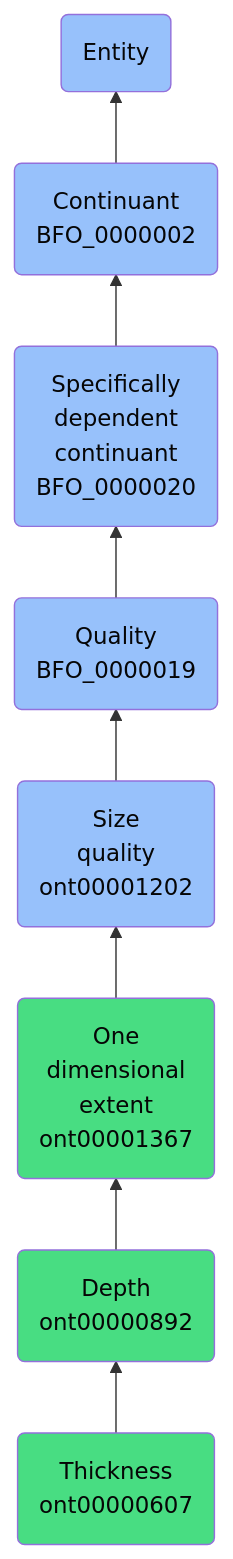
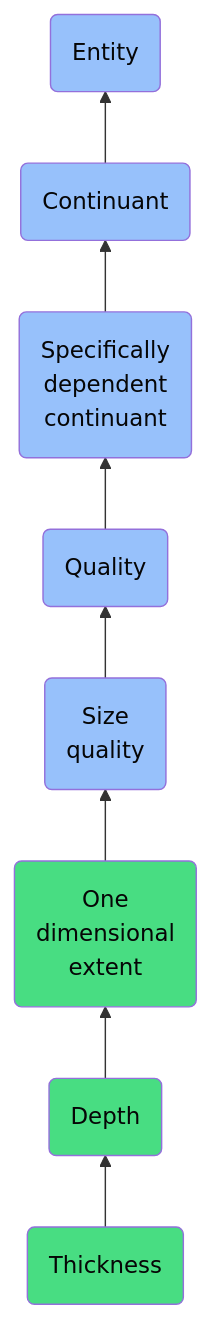
Before and after one commit to jupyter-naas/abi: the diagram in docs/ontology/reference/model/Entity/Continuant/Specifically dependent continuant/Quality/Size quality/One dimensional extent/Depth/Thickness/Thickness.md, drawn with Mermaid. The commit also changed other lines of this file and 1430 other files, not shown here.

````diff
--- a/docs/ontology/reference/model/Entity/Continuant/Specifically dependent continuant/Quality/Size quality/One dimensional extent/Depth/Thickness/Thickness.md
+++ b/docs/ontology/reference/model/Entity/Continuant/Specifically dependent continuant/Quality/Size quality/One dimensional extent/Depth/Thickness/Thickness.md
@@ -24,15 +24,15 @@
 ```mermaid
 graph BT
-    ont00000607(Thickness<br>ont00000607):::ABI-->ont00000892
-    ont00000892(Depth<br>ont00000892):::ABI-->ont00001367
-    ont00001367(One<br>dimensional<br>extent<br>ont00001367):::ABI-->ont00001202
-    ont00001202(Size<br>quality<br>ont00001202):::BFO-->BFO_0000019
-    BFO_0000019(Quality<br>BFO_0000019):::BFO-->BFO_0000020
-    BFO_0000020(Specifically<br>dependent<br>continuant<br>BFO_0000020):::BFO-->BFO_0000002
-    BFO_0000002(Continuant<br>BFO_0000002):::BFO-->BFO_0000001
+    ont00000607(Thickness):::ABI-->ont00000892
+    ont00000892(Depth):::ABI-->ont00001367
+    ont00001367(One<br>dimensional<br>extent):::ABI-->ont00001202
+    ont00001202(Size<br>quality):::BFO-->BFO_0000019
+    BFO_0000019(Quality):::BFO-->BFO_0000020
+    BFO_0000020(Specifically<br>dependent<br>continuant):::BFO-->BFO_0000002
+    BFO_0000002(Continuant):::BFO-->BFO_0000001
     BFO_0000001(Entity):::BFO
     
     classDef BFO fill:#97c1fb,color:#060606
     classDef CCO fill:#e4c51e,color:#060606
     classDef ABI fill:#48DD82,color:#060606
 ```
````
